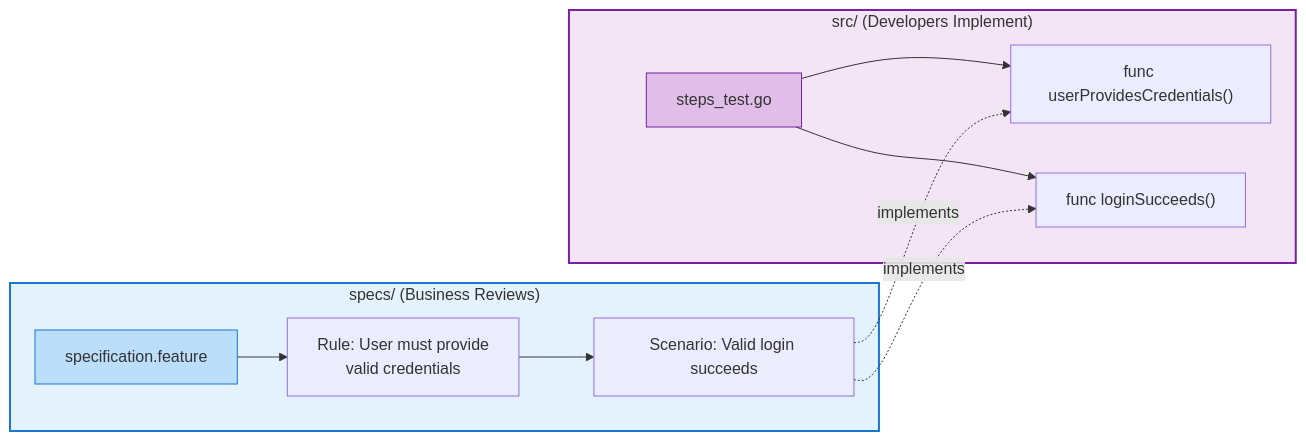
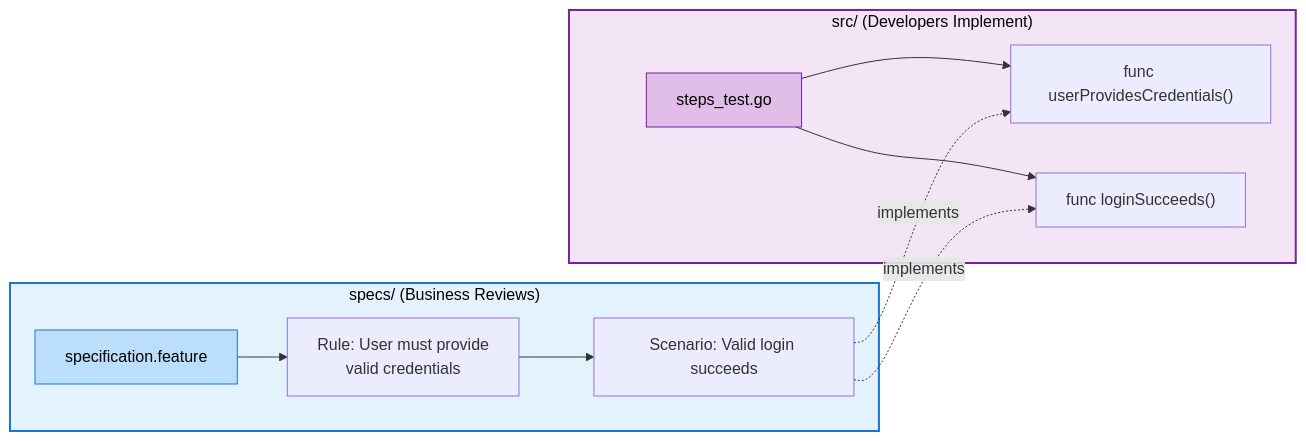
The first of 2 diagrams in docs/explanation/specifications/working-with-specifications.md (ready-to-release/eac), drawn with Mermaid before and after one commit. The commit also changed other lines of this file and 49 other files, not shown here.

````diff
--- a/docs/explanation/specifications/working-with-specifications.md
+++ b/docs/explanation/specifications/working-with-specifications.md
@@ -37,28 +37,28 @@
 ```mermaid
 flowchart LR
     subgraph Specs["specs/ (Business Reviews)"]
         SpecFile["specification.feature"]
         Rule["Rule: User must provide<br/>valid credentials"]
         Scenario["Scenario: Valid login succeeds"]
 
         SpecFile --> Rule
         Rule --> Scenario
     end
 
     subgraph Src["src/ (Developers Implement)"]
         Steps["steps_test.go"]
         Func1["func userProvidesCredentials()"]
         Func2["func loginSucceeds()"]
 
         Steps --> Func1
         Steps --> Func2
     end
 
     Scenario -.implements.-> Func1
     Scenario -.implements.-> Func2
 
-    style Specs fill:#e3f2fd,stroke:#1976d2,stroke-width:2px
-    style Src fill:#f3e5f5,stroke:#7b1fa2,stroke-width:2px
-    style SpecFile fill:#bbdefb,stroke:#1976d2
-    style Steps fill:#e1bee7,stroke:#7b1fa2
+    style Specs fill:#e3f2fd,stroke:#1976d2,stroke-width:2px,color:#000
+    style Src fill:#f3e5f5,stroke:#7b1fa2,stroke-width:2px,color:#000
+    style SpecFile fill:#bbdefb,stroke:#1976d2,color:#000
+    style Steps fill:#e1bee7,stroke:#7b1fa2,color:#000
 ```
````
